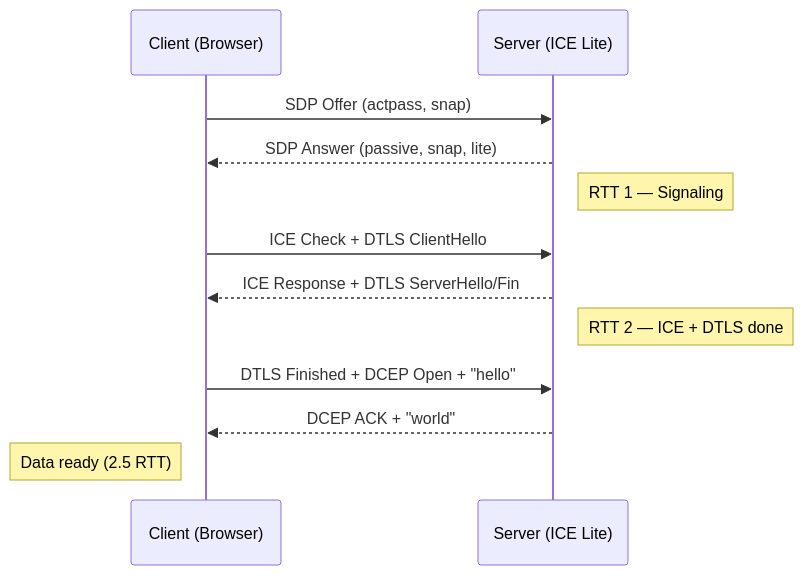
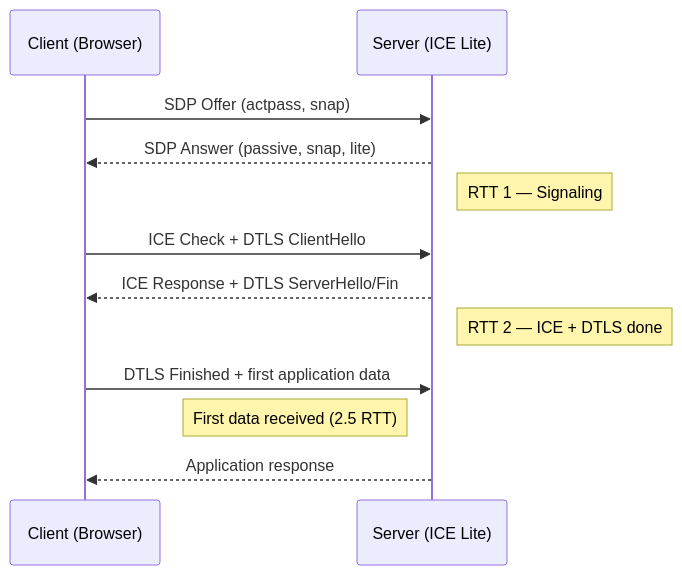
Before and after one commit to xnorpx/str0m_browser_integration_tests: the seventh of 10 diagrams in README.md, drawn with Mermaid. The commit also changed other lines of this file and 12 other files, not shown here.

````diff
--- a/README.md
+++ b/README.md
@@ -234,17 +240,17 @@
 ```mermaid
 sequenceDiagram
     participant C as Client (Browser)
     participant S as Server (ICE Lite)
 
     C->>S: SDP Offer (actpass, snap)
     S-->>C: SDP Answer (passive, snap, lite)
     Note right of S: RTT 1 — Signaling
 
     C->>S: ICE Check + DTLS ClientHello
     S-->>C: ICE Response + DTLS ServerHello/Fin
     Note right of S: RTT 2 — ICE + DTLS done
 
-    C->>S: DTLS Finished + DCEP Open + "hello"
-    S-->>C: DCEP ACK + "world"
-    Note left of C: Data ready (2.5 RTT)
+    C->>S: DTLS Finished + first application data
+    Note left of S: First data received (2.5 RTT)
+    S-->>C: Application response
 ```
````
